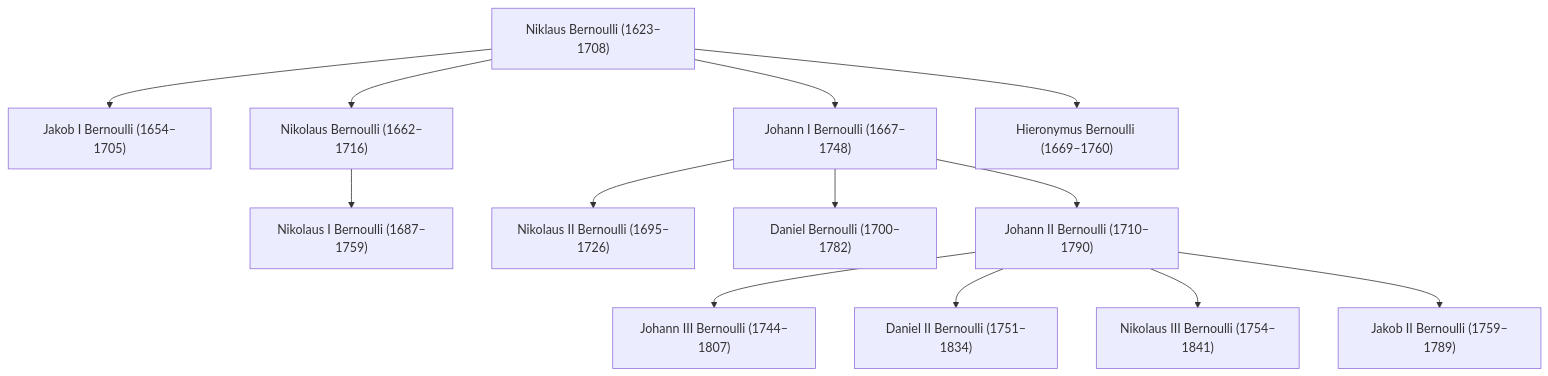
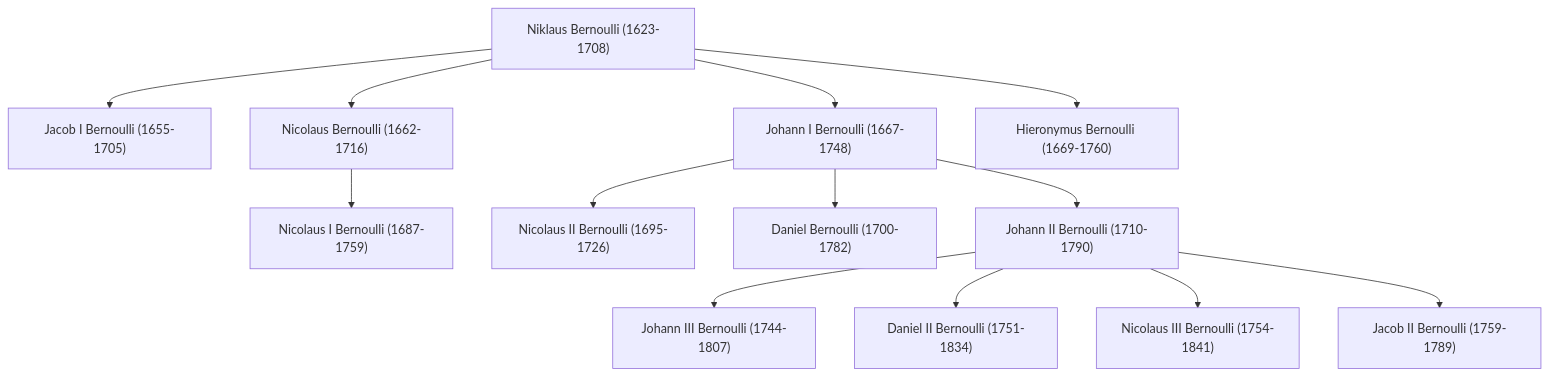
Before and after one commit to singlelektron/Calculus2proj2: the first of 2 diagrams in bernoulli.qmd, drawn with Mermaid. The commit also changed other lines of this file and 17 other files, not shown here.

````diff
--- a/bernoulli.qmd
+++ b/bernoulli.qmd
@@ -30,26 +49,26 @@
 ```{mermaid}
 graph TD
 
-N["Niklaus Bernoulli (1623–1708)"]
+N["Niklaus Bernoulli (1623-1708)"]
 
-N --> J1["Jakob I Bernoulli (1654–1705)"]
-N --> N0["Nikolaus Bernoulli (1662–1716)"]
-N --> J2["Johann I Bernoulli (1667–1748)"]
-N --> H0["Hieronymus Bernoulli (1669–1760)"]
+N --> J1["Jacob I Bernoulli (1655-1705)"]
+N --> N0["Nicolaus Bernoulli (1662-1716)"]
+N --> J2["Johann I Bernoulli (1667-1748)"]
+N --> H0["Hieronymus Bernoulli (1669-1760)"]
 
-N0 --> NI["Nikolaus I Bernoulli (1687–1759)"]
+N0 --> NI["Nicolaus I Bernoulli (1687-1759)"]
 
-J2 --> NII["Nikolaus II Bernoulli (1695–1726)"]
-J2 --> D["Daniel Bernoulli (1700–1782)"]
-J2 --> JII["Johann II Bernoulli (1710–1790)"]
+J2 --> NII["Nicolaus II Bernoulli (1695-1726)"]
+J2 --> D["Daniel Bernoulli (1700-1782)"]
+J2 --> JII["Johann II Bernoulli (1710-1790)"]
 
-JII --> JIII["Johann III Bernoulli (1744–1807)"]
-JII --> DII["Daniel II Bernoulli (1751–1834)"]
-JII --> NIII["Nikolaus III Bernoulli (1754–1841)"]
-JII --> JAC2["Jakob II Bernoulli (1759–1789)"]
+JII --> JIII["Johann III Bernoulli (1744-1807)"]
+JII --> DII["Daniel II Bernoulli (1751-1834)"]
+JII --> NIII["Nicolaus III Bernoulli (1754-1841)"]
+JII --> JAC2["Jacob II Bernoulli (1759-1789)"]
 
-click J1 "#jacob-bernoulli-1654-1705" "Jacob Bernoulli"
+click J1 "#jacob-bernoulli-1655-1705" "Jacob Bernoulli"
 click J2 "#johann-bernoulli-1667-1748" "Johann Bernoulli"
 click NI "#nicolaus-i-bernoulli-1687-1759" "Nicolaus I Bernoulli"
 click D "#daniel-bernoulli-1700-1782" "Daniel Bernoulli"
 ```
````
